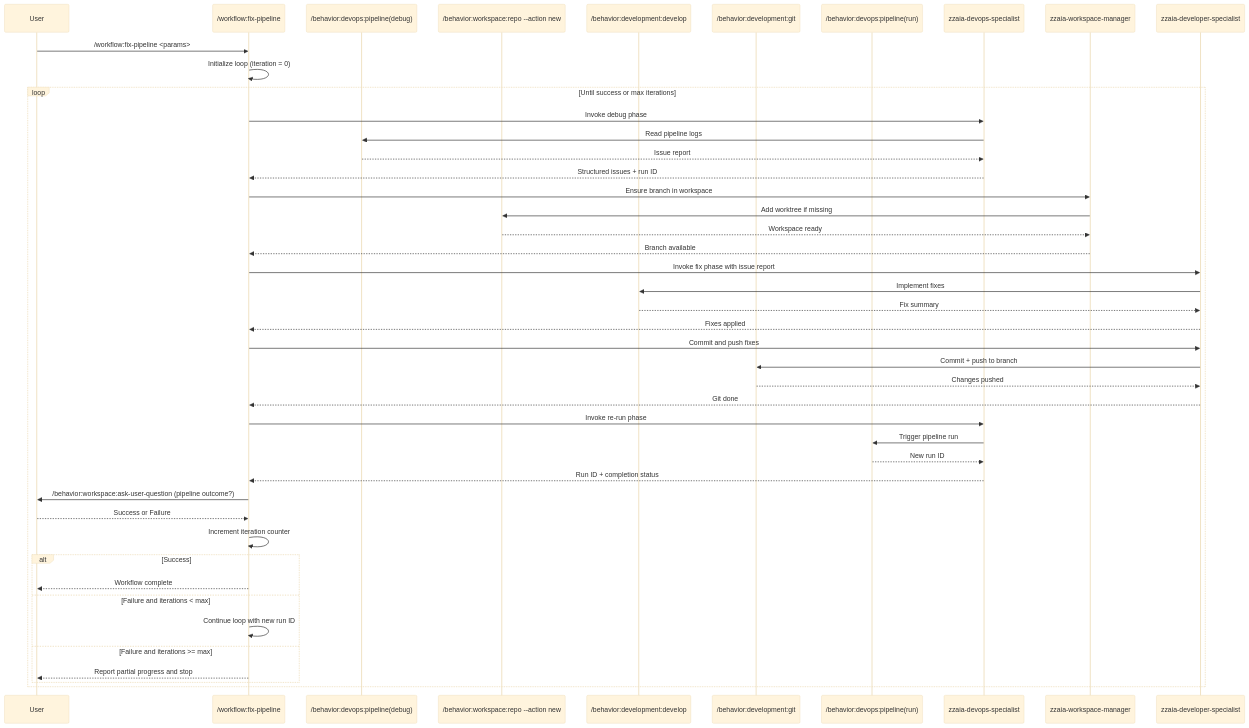
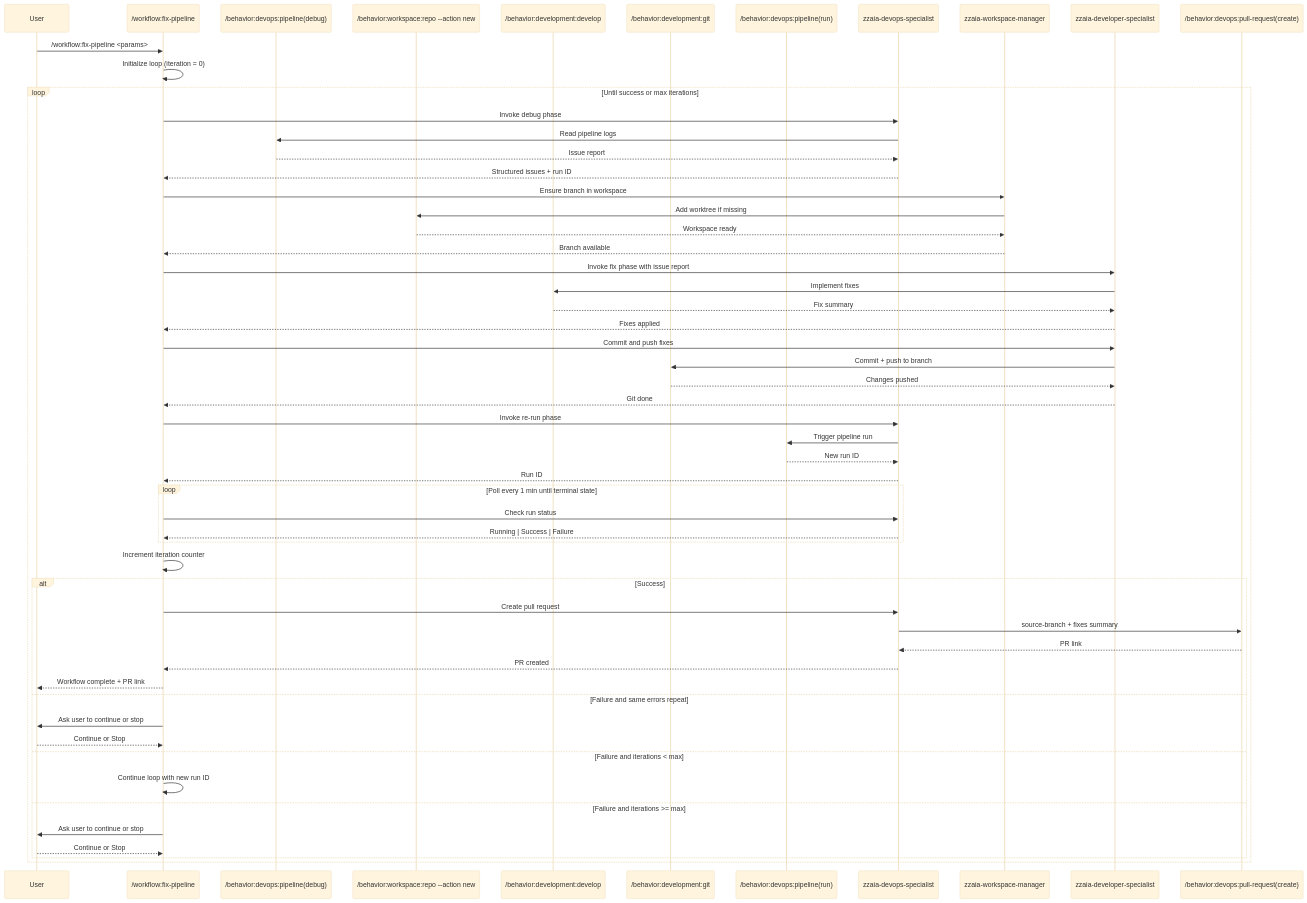
One commit to zzaia/zzaia-agentic-workspace changed the diagram in .claude/commands/workflow/fix-pipeline.md. Above: the diagram before and after it, drawn with Mermaid (base theme). The commit also changed other lines of this file, not shown here.

Commit message:
Improving the fix-pipeline workflow;

````diff
--- a/.claude/commands/workflow/fix-pipeline.md
+++ b/.claude/commands/workflow/fix-pipeline.md
@@ -97,55 +105,67 @@
 ```mermaid
 sequenceDiagram
     participant U as User
     participant W as /workflow:fix-pipeline
     participant DBG as /behavior:devops:pipeline(debug)
     participant WN as /behavior:workspace:repo --action new
     participant FIX as /behavior:development:develop
     participant GIT as /behavior:development:git
     participant RUN as /behavior:devops:pipeline(run)
     participant A1 as zzaia-devops-specialist
     participant A2 as zzaia-workspace-manager
     participant A3 as zzaia-developer-specialist
+    participant PR as /behavior:devops:pull-request(create)
 
     U->>W: /workflow:fix-pipeline <params>
     W->>W: Initialize loop (iteration = 0)
 
     loop Until success or max iterations
         W->>A1: Invoke debug phase
         A1->>DBG: Read pipeline logs
         DBG-->>A1: Issue report
         A1-->>W: Structured issues + run ID
 
         W->>A2: Ensure branch in workspace
         A2->>WN: Add worktree if missing
         WN-->>A2: Workspace ready
         A2-->>W: Branch available
 
         W->>A3: Invoke fix phase with issue report
         A3->>FIX: Implement fixes
         FIX-->>A3: Fix summary
         A3-->>W: Fixes applied
 
         W->>A3: Commit and push fixes
         A3->>GIT: Commit + push to branch
         GIT-->>A3: Changes pushed
         A3-->>W: Git done
 
         W->>A1: Invoke re-run phase
         A1->>RUN: Trigger pipeline run
         RUN-->>A1: New run ID
-        A1-->>W: Run ID + completion status
+        A1-->>W: Run ID
 
-        W->>U: /behavior:workspace:ask-user-question (pipeline outcome?)
-        U-->>W: Success or Failure
+        loop Poll every 1 min until terminal state
+            W->>A1: Check run status
+            A1-->>W: Running | Success | Failure
+        end
+
         W->>W: Increment iteration counter
 
         alt Success
-            W-->>U: Workflow complete
+            W->>A1: Create pull request
+            A1->>PR: source-branch + fixes summary
+            PR-->>A1: PR link
+            A1-->>W: PR created
+            W-->>U: Workflow complete + PR link
+        else Failure and same errors repeat
+            W->>U: Ask user to continue or stop
+            U-->>W: Continue or Stop
         else Failure and iterations < max
             W->>W: Continue loop with new run ID
         else Failure and iterations >= max
-            W-->>U: Report partial progress and stop
+            W->>U: Ask user to continue or stop
+            U-->>W: Continue or Stop
         end
     end
 ```
````
